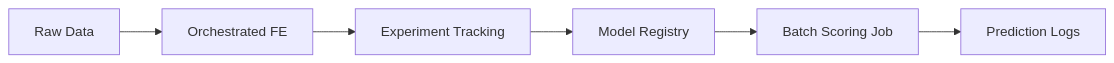
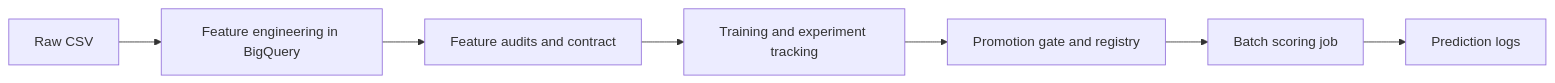
One commit to jjabuk/fraud-detection-mlops changed the diagram in docs/architecture.md. Above: the diagram before and after it, drawn with Mermaid. The commit also changed other lines of this file and 14 other files, not shown here.

````diff
--- a/docs/architecture.md
+++ b/docs/architecture.md
@@ -17,8 +16,9 @@
 ```mermaid
 graph LR
-    A[Raw Data] --> B[Orchestrated FE]
-    B --> C[Experiment Tracking]
-    C --> D[Model Registry]
-    D --> E[Batch Scoring Job]
-    E --> F[Prediction Logs]
+    A[Raw CSV] --> B[Feature engineering in BigQuery]
+    B --> C[Feature audits and contract]
+    C --> D[Training and experiment tracking]
+    D --> E[Promotion gate and registry]
+    E --> F[Batch scoring job]
+    F --> G[Prediction logs]
 ```
````
